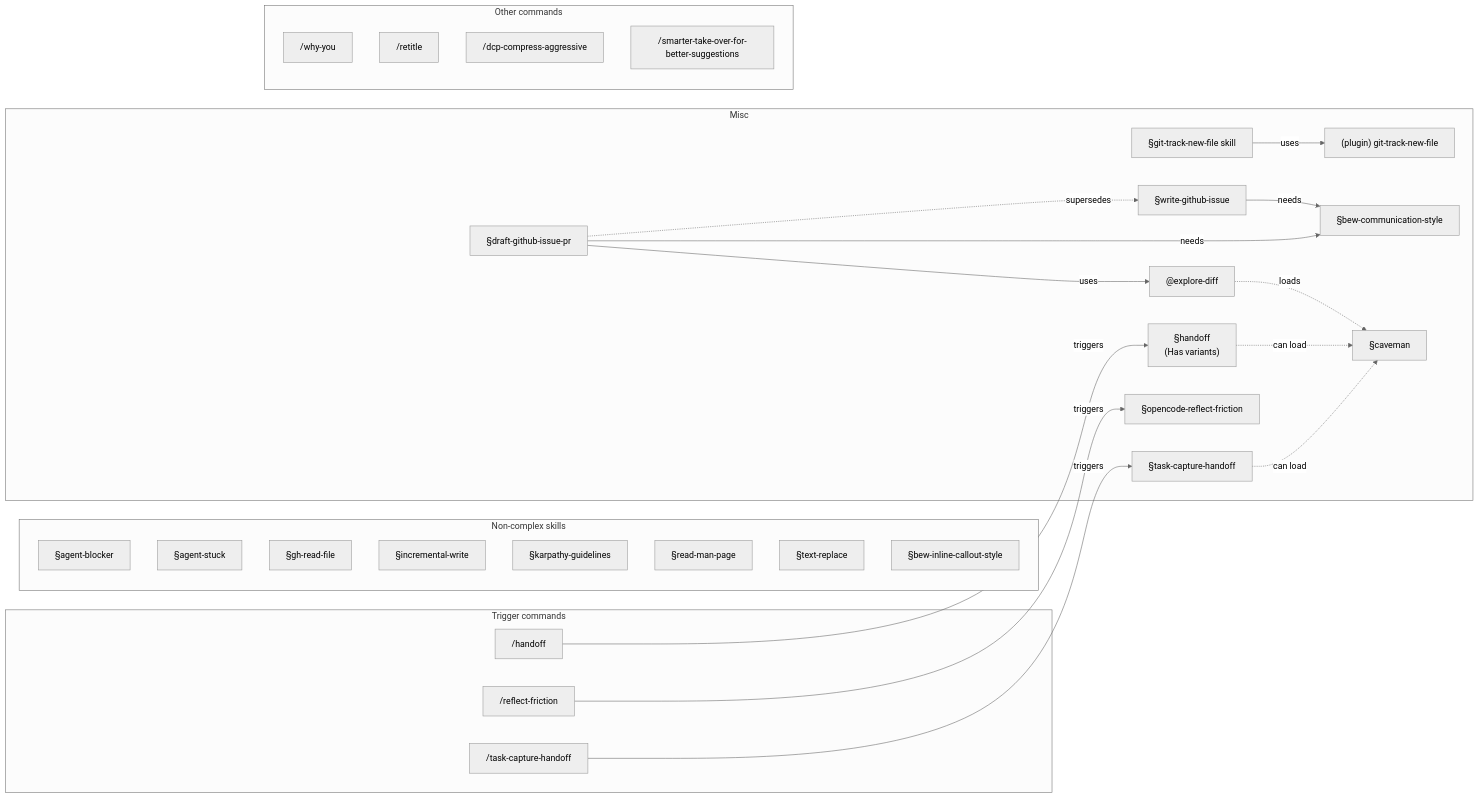
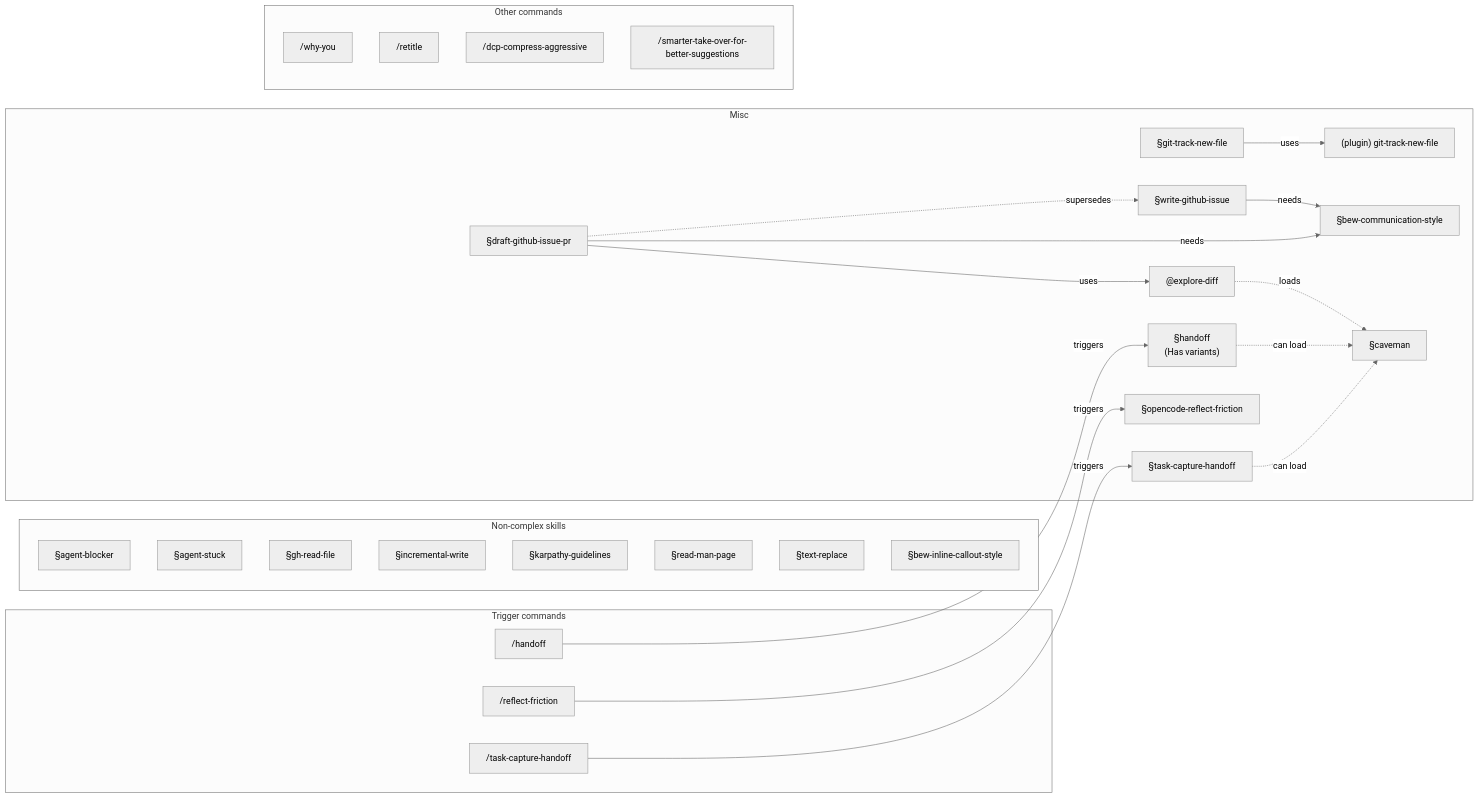
One commit to bew/dotfiles changed the second of 2 diagrams in opencode/MY_AI_STUFF.md. Above: the diagram before and after it, drawn with Mermaid (neutral theme). The commit also changed other lines of this file and 1 other file, not shown here.

````diff
--- a/opencode/MY_AI_STUFF.md
+++ b/opencode/MY_AI_STUFF.md
@@ -107,52 +107,52 @@
 ```mermaid
 flowchart LR
   %% explore-diff is duplicated from the complex graph; it is not part of any group.
   ag_explore_diff["@explore-diff"]
 
   subgraph otherskills[Non-complex skills]
     sk_agent_blocker["§agent-blocker"]
     sk_agent_stuck["§agent-stuck"]
     sk_gh_read_file["§gh-read-file"]
     sk_incremental_write["§incremental-write"]
     sk_karpathy["§karpathy-guidelines"]
     sk_read_man_page["§read-man-page"]
     sk_text_replace["§text-replace"]
     sk_bew_callout["§bew-inline-callout-style"]
   end
 
   subgraph misc[Misc]
     sk_handoff["§handoff<br/>(Has variants)"]
     sk_task_capture["§task-capture-handoff"]
-    sk_git_track_skill["§git-track-new-file skill"]
+    sk_git_track_skill["§git-track-new-file"]
     plug_git_track["(plugin) git-track-new-file"]
     sk_github_issue["§write-github-issue"]
     sk_draft_gh["§draft-github-issue-pr"]
     sk_bew_comm_style["§bew-communication-style"]
     sk_cav["§caveman"]
     sk_reflect_frict["§opencode-reflect-friction"]
     sk_git_track_skill -->|uses| plug_git_track
     sk_github_issue -->|needs| sk_bew_comm_style
     sk_draft_gh -->|needs| sk_bew_comm_style
     sk_draft_gh -->|uses| ag_explore_diff
     sk_draft_gh -. supersedes .-> sk_github_issue
     ag_explore_diff -. loads .-> sk_cav
     sk_handoff -. can load .-> sk_cav
     sk_task_capture -. can load .-> sk_cav
   end
 
   subgraph trig2[Trigger commands]
     cmd_handoff["/handoff"]
     cmd_friction["/reflect-friction"]
     cmd_task_capture["/task-capture-handoff"]
     cmd_handoff -->|triggers| sk_handoff
     cmd_friction -->|triggers| sk_reflect_frict
     cmd_task_capture -->|triggers| sk_task_capture
   end
 
   subgraph othercmds[Other commands]
     cmd_why_you["/why-you"]
     cmd_retitle["/retitle"]
     cmd_dcp_aggressive["/dcp-compress-aggressive"]
     cmd_smarter_takeover["/smarter-take-over-for-better-suggestions"]
   end
 ```
````
